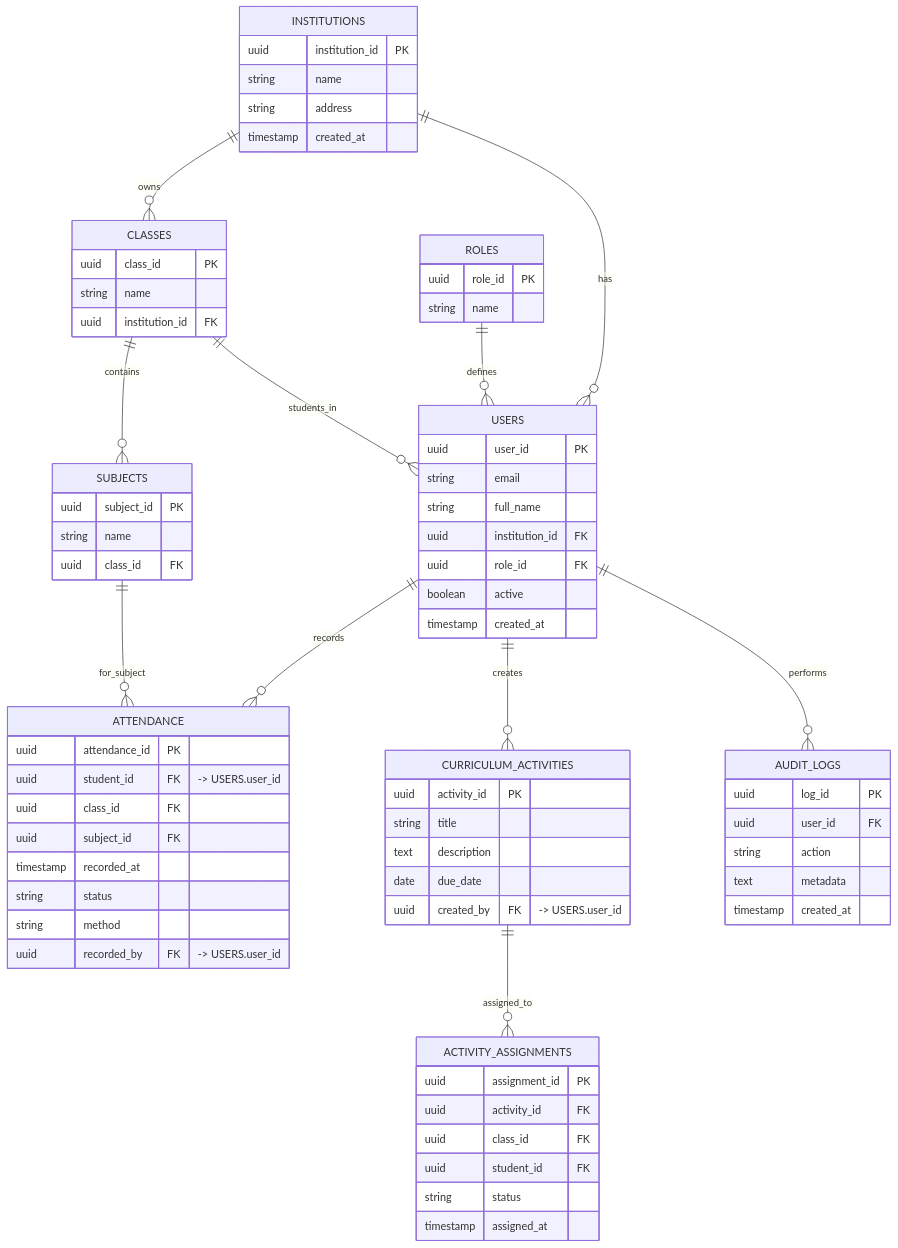
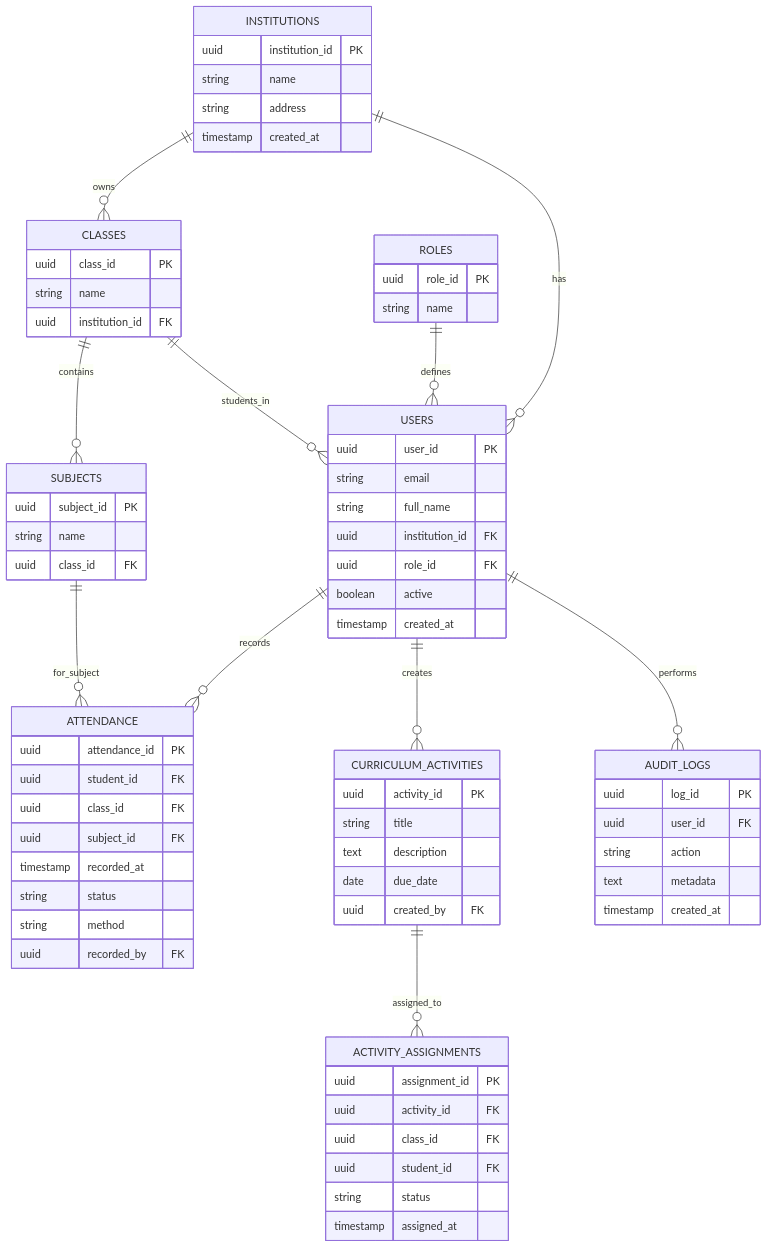
Before and after one commit to medhxnsh/Smart_Curriculum_Activity_And_Attendance: the first of 4 diagrams in Readme.md, drawn with Mermaid. The commit also changed other lines of this file, not shown here.

````diff
--- a/Readme.md
+++ b/Readme.md
@@ -179,75 +156,75 @@
 ```mermaid
 erDiagram
     INSTITUTIONS {
         uuid institution_id PK
         string name
         string address
         timestamp created_at
     }
     ROLES {
         uuid role_id PK
         string name
     }
     USERS {
         uuid user_id PK
         string email
         string full_name
         uuid institution_id FK
         uuid role_id FK
         boolean active
         timestamp created_at
     }
     CLASSES {
         uuid class_id PK
         string name
         uuid institution_id FK
     }
     SUBJECTS {
         uuid subject_id PK
         string name
         uuid class_id FK
     }
     ATTENDANCE {
         uuid attendance_id PK
-        uuid student_id FK "-> USERS.user_id"
+        uuid student_id FK
         uuid class_id FK
         uuid subject_id FK
         timestamp recorded_at
         string status
         string method
-        uuid recorded_by FK "-> USERS.user_id"
+        uuid recorded_by FK
     }
     CURRICULUM_ACTIVITIES {
         uuid activity_id PK
         string title
         text description
         date due_date
-        uuid created_by FK "-> USERS.user_id"
+        uuid created_by FK
     }
     ACTIVITY_ASSIGNMENTS {
         uuid assignment_id PK
         uuid activity_id FK
         uuid class_id FK
         uuid student_id FK
         string status
         timestamp assigned_at
     }
     AUDIT_LOGS {
         uuid log_id PK
         uuid user_id FK
         string action
         text metadata
         timestamp created_at
     }
 
     INSTITUTIONS ||--o{ USERS : has
     ROLES ||--o{ USERS : defines
     INSTITUTIONS ||--o{ CLASSES : owns
     CLASSES ||--o{ SUBJECTS : contains
-    CLASSES ||--o{ USERS : "students_in"
+    CLASSES ||--o{ USERS : students_in
     USERS ||--o{ ATTENDANCE : records
-    SUBJECTS ||--o{ ATTENDANCE : "for_subject"
+    SUBJECTS ||--o{ ATTENDANCE : for_subject
     USERS ||--o{ CURRICULUM_ACTIVITIES : creates
     CURRICULUM_ACTIVITIES ||--o{ ACTIVITY_ASSIGNMENTS : assigned_to
-    USERS ||--o{ AUDIT_LOGS : "performs"
+    USERS ||--o{ AUDIT_LOGS : performs
 ```
````
